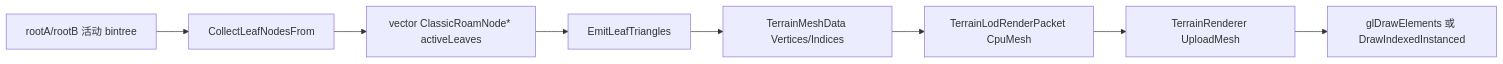
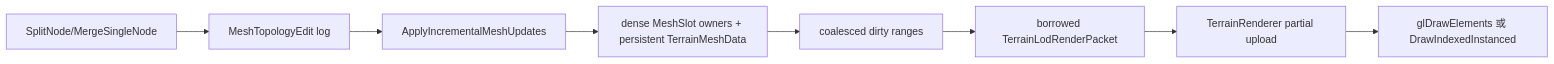
Before and after one commit to mcaswen/RoamTesting: the third of 3 diagrams in docs/source_analysis/classic_roam_context.md, drawn with Mermaid. The commit also changed other lines of this file and 24 other files, not shown here.

Commit message:
feat: 实现 Classic ROAM 增量 Mesh 更新

````diff
--- a/docs/source_analysis/classic_roam_context.md
+++ b/docs/source_analysis/classic_roam_context.md
@@ -666,10 +674,10 @@
 ```mermaid
 flowchart LR
-    A[rootA/rootB 活动 bintree] --> B[CollectLeafNodesFrom]
-    B --> C[vector ClassicRoamNode* activeLeaves]
-    C --> D[EmitLeafTriangles]
-    D --> E[TerrainMeshData Vertices/Indices]
-    E --> F[TerrainLodRenderPacket CpuMesh]
-    F --> G[TerrainRenderer UploadMesh]
+    A[SplitNode/MergeSingleNode] --> B[MeshTopologyEdit log]
+    B --> C[ApplyIncrementalMeshUpdates]
+    C --> D[dense MeshSlot owners + persistent TerrainMeshData]
+    D --> E[coalesced dirty ranges]
+    E --> F[borrowed TerrainLodRenderPacket]
+    F --> G[TerrainRenderer partial upload]
     G --> H[glDrawElements 或 DrawIndexedInstanced]
 ```
````
